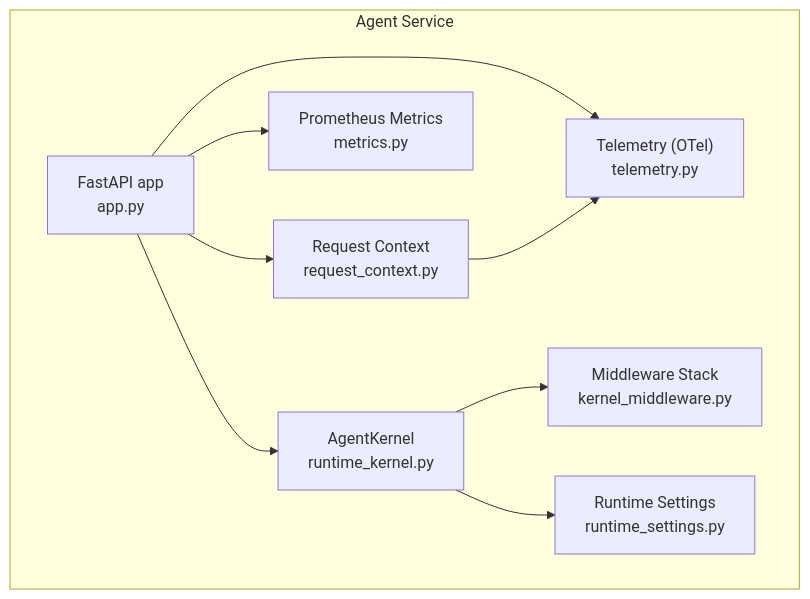
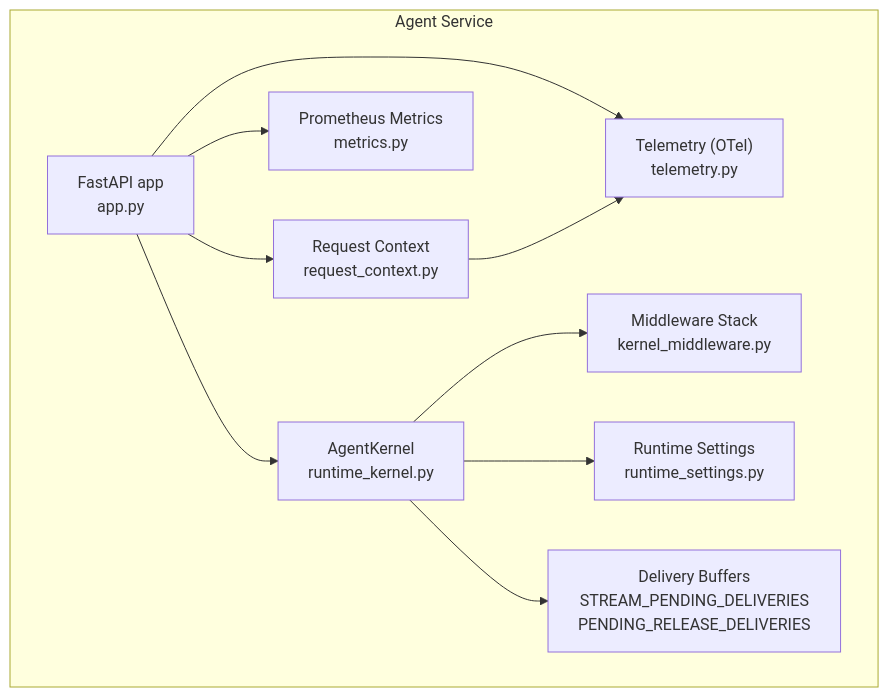
One commit to metasync/luban-aiops changed the first of 9 diagrams in .qoder/repowiki/en/content/Core Services/Agent Platform/Runtime Kernel and Middleware.md. Above: the diagram before and after it, drawn with Mermaid. The commit also changed other lines of this file and 56 other files, not shown here.

````diff
--- a/.qoder/repowiki/en/content/Core Services/Agent Platform/Runtime Kernel and Middleware.md
+++ b/.qoder/repowiki/en/content/Core Services/Agent Platform/Runtime Kernel and Middleware.md
@@ -48,19 +51,21 @@
 ```mermaid
 graph TB
 subgraph "Agent Service"
 APP["FastAPI app<br/>app.py"]
 KERNEL["AgentKernel<br/>runtime_kernel.py"]
 MW["Middleware Stack<br/>kernel_middleware.py"]
 RC["Request Context<br/>request_context.py"]
 TEL["Telemetry (OTel)<br/>telemetry.py"]
 MET["Prometheus Metrics<br/>metrics.py"]
 SET["Runtime Settings<br/>runtime_settings.py"]
+BUF["Delivery Buffers<br/>STREAM_PENDING_DELIVERIES<br/>PENDING_RELEASE_DELIVERIES"]
 end
 APP --> RC
 APP --> MET
 APP --> TEL
 APP --> KERNEL
 KERNEL --> MW
 KERNEL --> SET
+KERNEL --> BUF
 RC --> TEL
 ```
````
